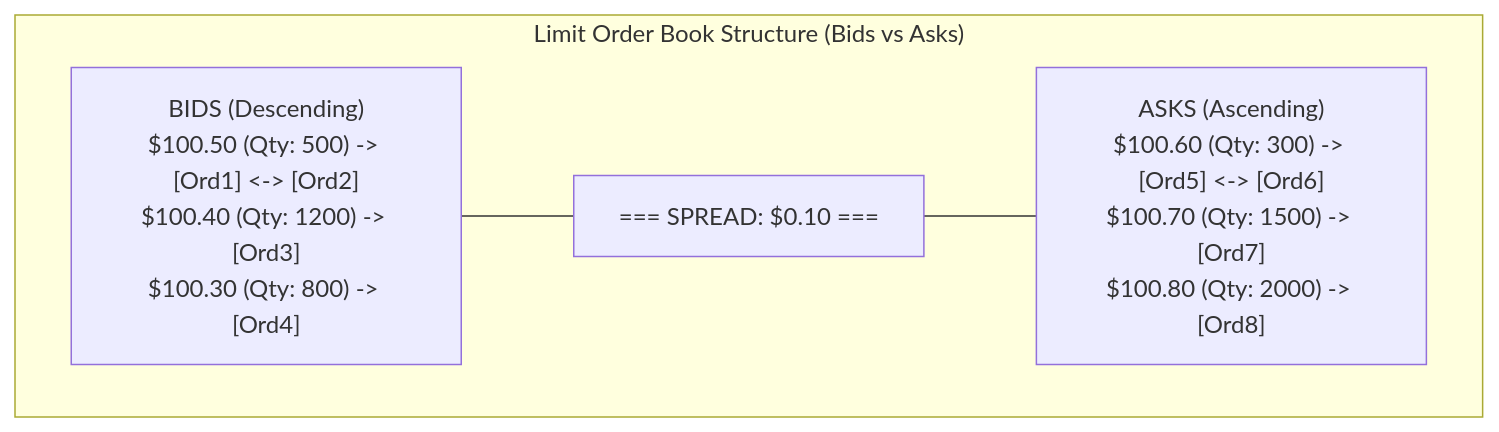
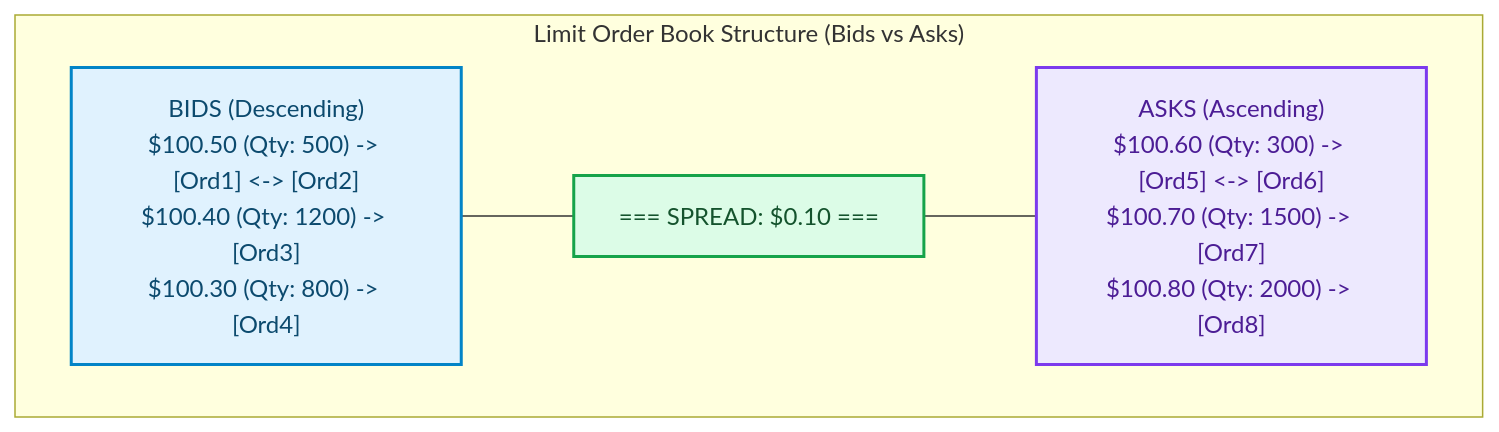
The second of 3 diagrams in blog/posts/ultra-low-latency-limit-order-books-lob-lock-free-ring-buffers-cpu-cache.md (akmalkhaniub/akmalkhaniub.github.io), drawn with Mermaid before and after one commit. The commit also changed other lines of this file and 1291 other files, not shown here.

First line of the commit message:
feat(catalog): unique covers, scholarly references, and diagram palettes

````diff
--- a/blog/posts/ultra-low-latency-limit-order-books-lob-lock-free-ring-buffers-cpu-cache.md
+++ b/blog/posts/ultra-low-latency-limit-order-books-lob-lock-free-ring-buffers-cpu-cache.md
@@ -71,10 +82,19 @@
 ```mermaid
 flowchart TD
   subgraph SG3_LimitOrderBook ["Limit Order Book Structure (Bids vs Asks)"]
     Bids["BIDS (Descending)\n$100.50 (Qty: 500) -> [Ord1] <-> [Ord2]\n$100.40 (Qty: 1200) -> [Ord3]\n$100.30 (Qty: 800) -> [Ord4]"]
     Spread["=== SPREAD: $0.10 ==="]
     Asks["ASKS (Ascending)\n$100.60 (Qty: 300) -> [Ord5] <-> [Ord6]\n$100.70 (Qty: 1500) -> [Ord7]\n$100.80 (Qty: 2000) -> [Ord8]"]
   end
   
   Bids --- Spread --- Asks
+
+classDef green fill:#dcfce7,stroke:#16a34a,stroke-width:2px,color:#14532d;
+classDef red fill:#fee2e2,stroke:#dc2626,stroke-width:2px,color:#7f1d1d;
+classDef blue fill:#e0f2fe,stroke:#0284c7,stroke-width:2px,color:#0c4a6e;
+classDef yellow fill:#fef3c7,stroke:#d97706,stroke-width:2px,color:#78350f;
+classDef purple fill:#ede9fe,stroke:#7c3aed,stroke-width:2px,color:#4c1d95;
+class Bids blue
+class Spread green
+class Asks purple
 ```
````
